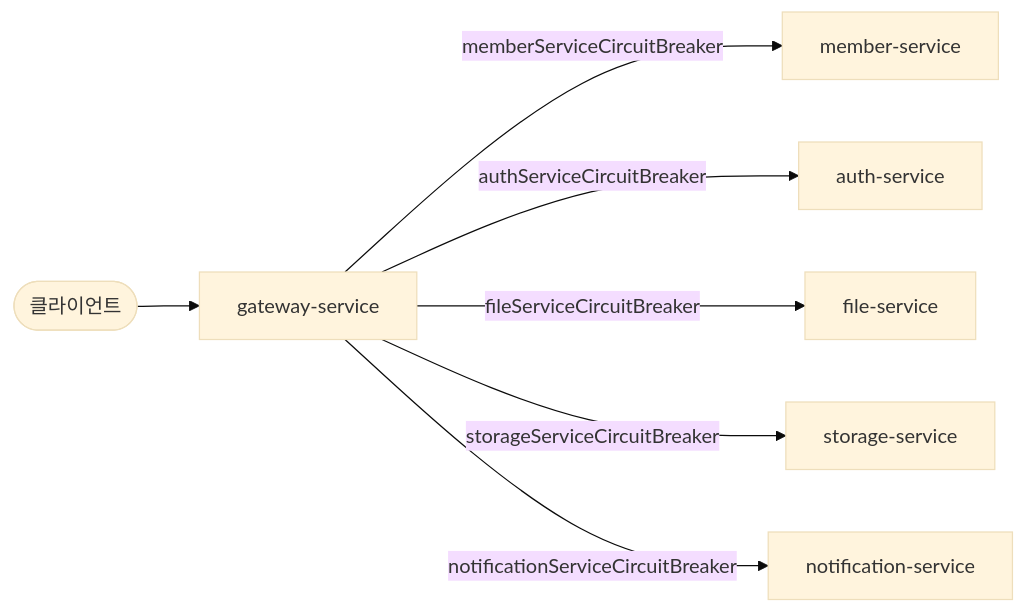
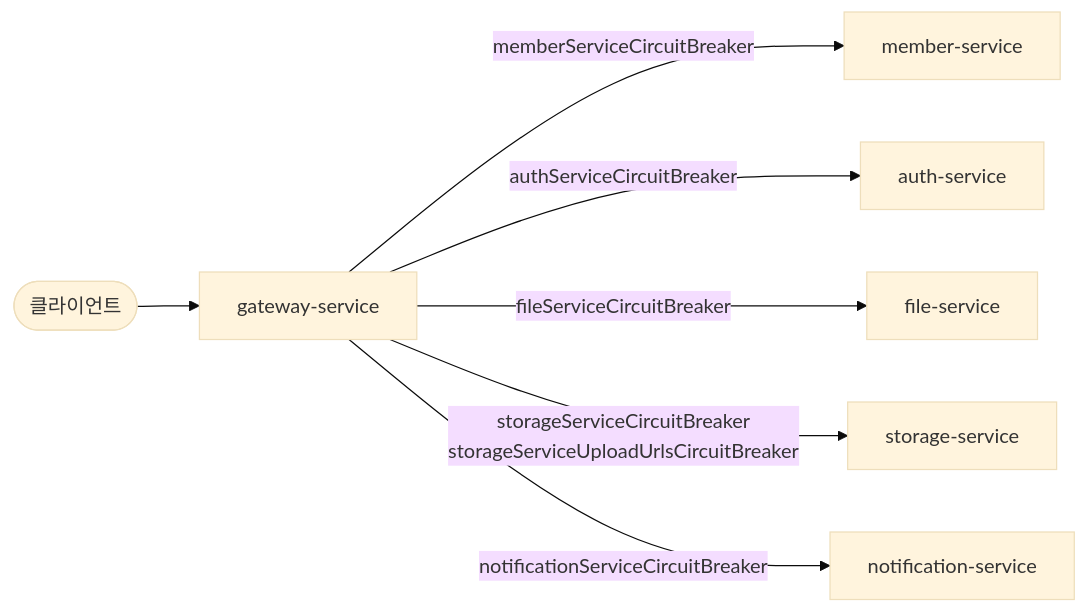
Before and after one commit to rivertw777/ModuDrive-API: the second of 5 diagrams in .docs/spec/006-resilience-spec.md, drawn with Mermaid (base theme). The commit also changed other lines of this file and 6 other files, not shown here.

````diff
--- a/.docs/spec/006-resilience-spec.md
+++ b/.docs/spec/006-resilience-spec.md
@@ -156,17 +156,17 @@
 ```mermaid
 flowchart LR
     C(["클라이언트"])
     G["gateway-service"]
     M["member-service"]
     A["auth-service"]
     F["file-service"]
     S["storage-service"]
     N["notification-service"]
 
     C --> G
     G -- "memberServiceCircuitBreaker" --> M
     G -- "authServiceCircuitBreaker" --> A
     G -- "fileServiceCircuitBreaker" --> F
-    G -- "storageServiceCircuitBreaker" --> S
+    G -- "storageServiceCircuitBreaker<br/>storageServiceUploadUrlsCircuitBreaker" --> S
     G -- "notificationServiceCircuitBreaker" --> N
 ```
````
